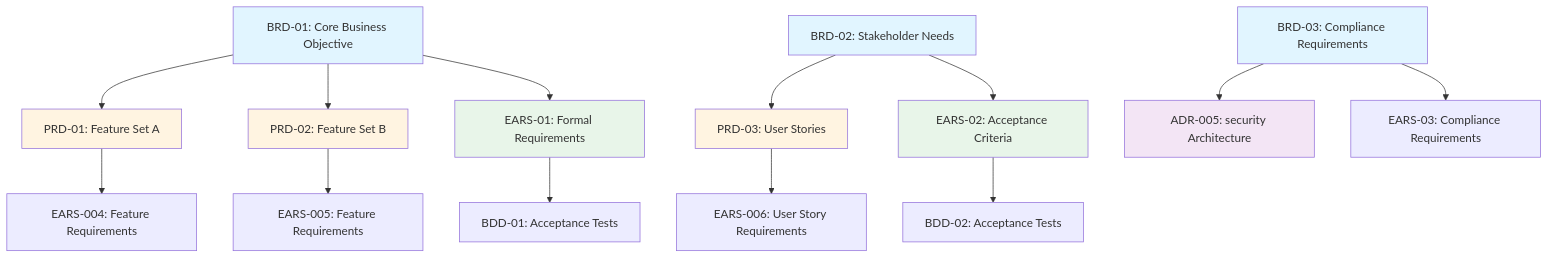
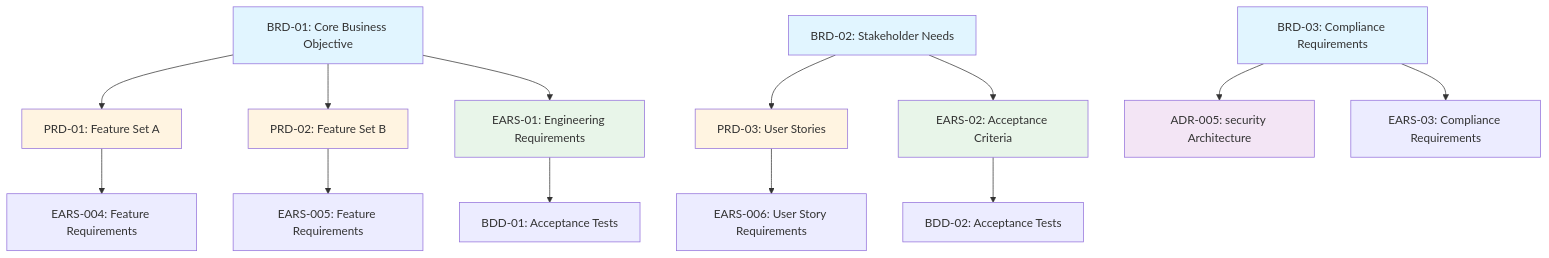
The diagram in ai_dev_flow/BRD/BRD-000_TRACEABILITY_MATRIX-TEMPLATE.md (vladm3105/aidoc-flow-framework), drawn with Mermaid before and after one commit. The commit also changed other lines of this file and 113 other files, not shown here.

````diff
--- a/ai_dev_flow/BRD/BRD-000_TRACEABILITY_MATRIX-TEMPLATE.md
+++ b/ai_dev_flow/BRD/BRD-000_TRACEABILITY_MATRIX-TEMPLATE.md
@@ -257,29 +259,29 @@
 ```mermaid
 graph TD
     BRD001[BRD-01: Core Business Objective] --> PRD001[PRD-01: Feature Set A]
     BRD001 --> PRD002[PRD-02: Feature Set B]
-    BRD001 --> EARS001[EARS-01: Formal Requirements]
+    BRD001 --> EARS001[EARS-01: Engineering Requirements]
 
     BRD002[BRD-02: Stakeholder Needs] --> PRD003[PRD-03: User Stories]
     BRD002 --> EARS002[EARS-02: Acceptance Criteria]
 
     BRD003[BRD-03: Compliance Requirements] --> ADR005[ADR-005: security Architecture]
     BRD003 --> EARS003[EARS-03: Compliance Requirements]
 
     PRD001 --> EARS004[EARS-004: Feature Requirements]
     PRD002 --> EARS005[EARS-005: Feature Requirements]
     PRD003 --> EARS006[EARS-006: User Story Requirements]
 
     EARS001 --> BDD001[BDD-01: Acceptance Tests]
     EARS002 --> BDD002[BDD-02: Acceptance Tests]
 
     style BRD001 fill:#e1f5ff
     style BRD002 fill:#e1f5ff
     style BRD003 fill:#e1f5ff
     style PRD001 fill:#fff4e1
     style PRD002 fill:#fff4e1
     style PRD003 fill:#fff4e1
     style EARS001 fill:#e8f5e9
     style EARS002 fill:#e8f5e9
     style ADR005 fill:#f3e5f5
 ```
````
